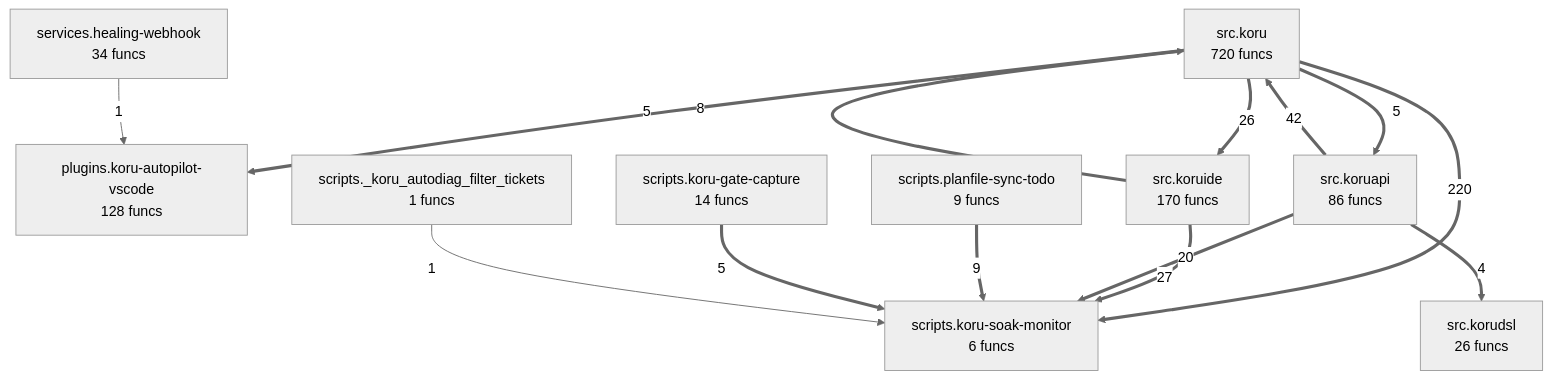
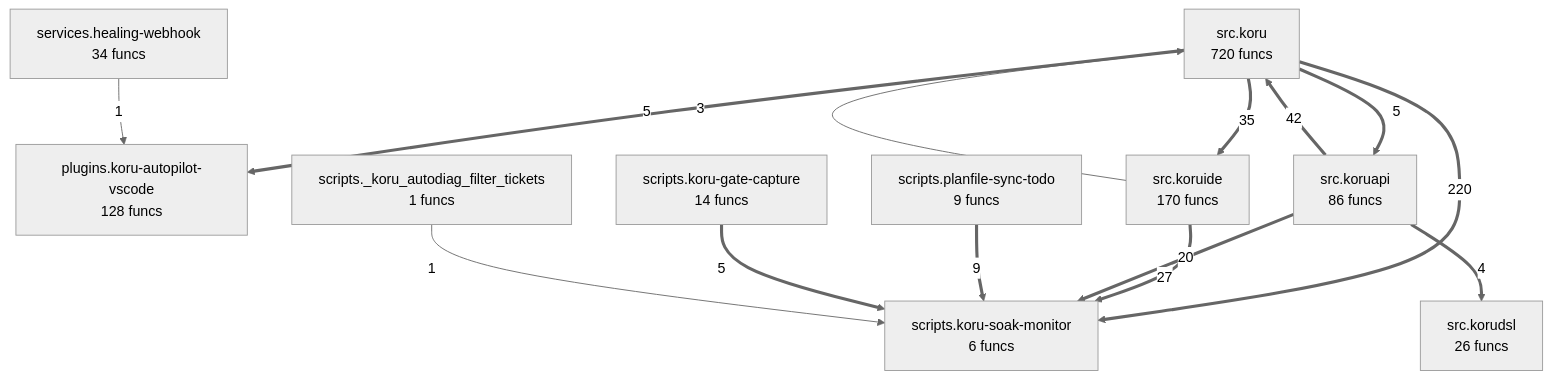
One commit to semcod/koru changed the diagram in project/compact_flow.mmd. Above: the diagram before and after it, drawn with Mermaid (neutral theme). The commit also changed 28 other files, not shown here.

```diff
--- a/project/compact_flow.mmd
+++ b/project/compact_flow.mmd
@@ -1,25 +1,25 @@
 flowchart TD
-%% generated in 0.04s
+%% generated in 0.03s
     plugins__koru_autopilot_vscode["plugins.koru-autopilot-vscode<br/>128 funcs"]
     scripts___koru_autodiag_filter_tickets["scripts._koru_autodiag_filter_tickets<br/>1 funcs"]
     scripts__koru_gate_capture["scripts.koru-gate-capture<br/>14 funcs"]
     scripts__koru_soak_monitor["scripts.koru-soak-monitor<br/>6 funcs"]
     scripts__planfile_sync_todo["scripts.planfile-sync-todo<br/>9 funcs"]
     services__healing_webhook["services.healing-webhook<br/>34 funcs"]
     src__koru["src.koru<br/>720 funcs"]
     src__koruapi["src.koruapi<br/>86 funcs"]
     src__korudsl["src.korudsl<br/>26 funcs"]
     src__koruide["src.koruide<br/>170 funcs"]
     src__koru ==>|220| scripts__koru_soak_monitor
     src__koruapi ==>|42| src__koru
+    src__koru ==>|35| src__koruide
     src__koruide ==>|27| scripts__koru_soak_monitor
-    src__koru ==>|26| src__koruide
     src__koruapi ==>|20| scripts__koru_soak_monitor
     scripts__planfile_sync_todo ==>|9| scripts__koru_soak_monitor
-    src__koruide ==>|8| src__koru
     src__koru ==>|5| plugins__koru_autopilot_vscode
+    src__koru ==>|5| src__koruapi
     scripts__koru_gate_capture ==>|5| scripts__koru_soak_monitor
-    src__koru ==>|5| src__koruapi
     src__koruapi ==>|4| src__korudsl
+    src__koruide -->|3| src__koru
     services__healing_webhook -->|1| plugins__koru_autopilot_vscode
     scripts___koru_autodiag_filter_tickets -->|1| scripts__koru_soak_monitor
```
